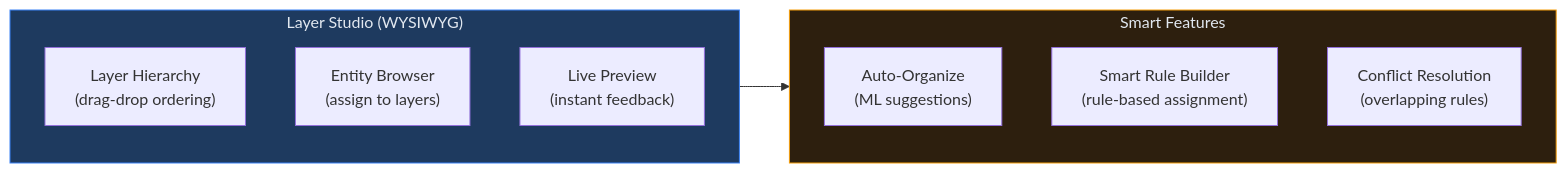
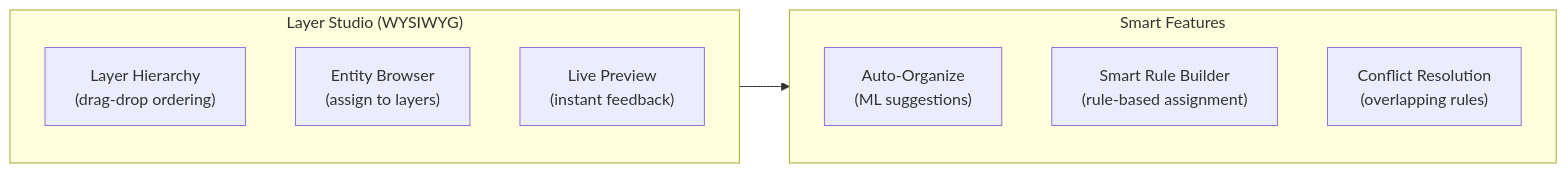
One commit to rkrumins/dataviz changed the sixth of 10 diagrams in docs/OVERVIEW.md. Above: the diagram before and after it, drawn with Mermaid. The commit also changed other lines of this file and 46 other files, not shown here.

````diff
--- a/docs/OVERVIEW.md
+++ b/docs/OVERVIEW.md
@@ -271,19 +260,17 @@
 ```mermaid
 graph LR
     subgraph Studio["Layer Studio (WYSIWYG)"]
         Left["Layer Hierarchy<br/>(drag-drop ordering)"]
         Center["Entity Browser<br/>(assign to layers)"]
         Right["Live Preview<br/>(instant feedback)"]
     end
 
     subgraph Smart["Smart Features"]
         Auto["Auto-Organize<br/>(ML suggestions)"]
         Rules["Smart Rule Builder<br/>(rule-based assignment)"]
         Conflict["Conflict Resolution<br/>(overlapping rules)"]
     end
 
     Studio --> Smart
 
-    style Studio fill:#1e3a5f,stroke:#3b82f6,color:#e2e8f0
-    style Smart fill:#2d1f0e,stroke:#f59e0b,color:#e2e8f0
 ```
````
